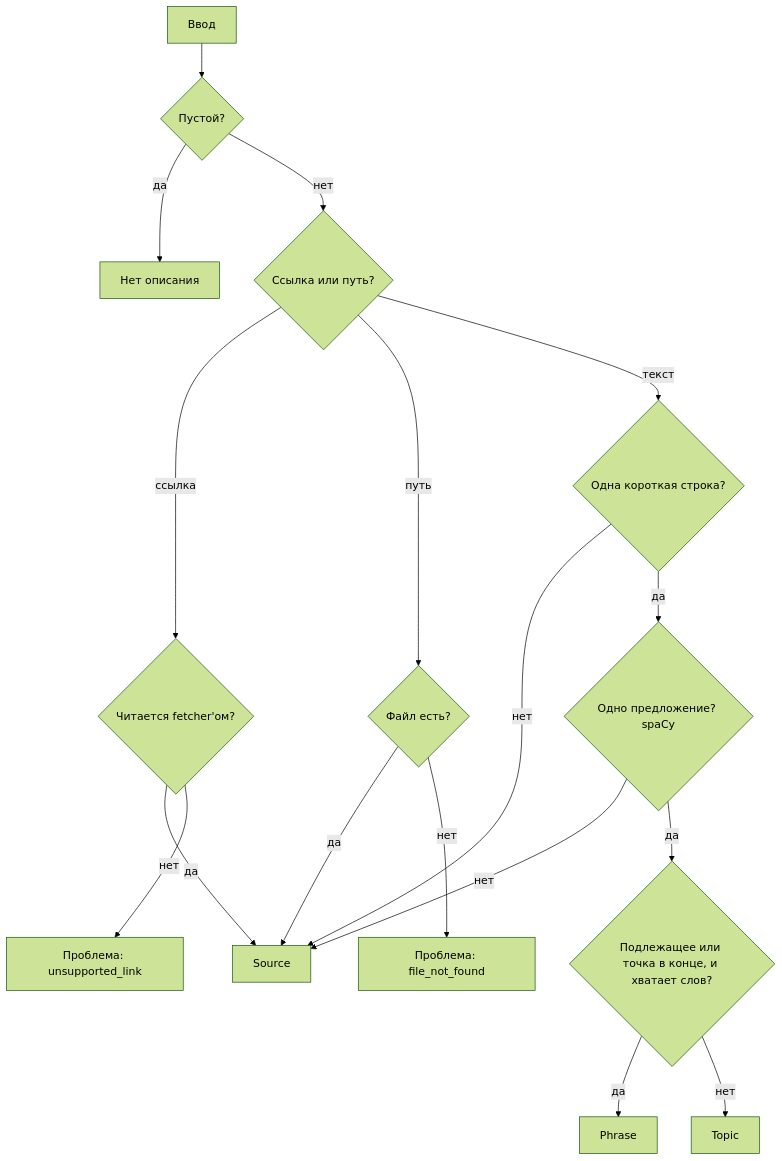
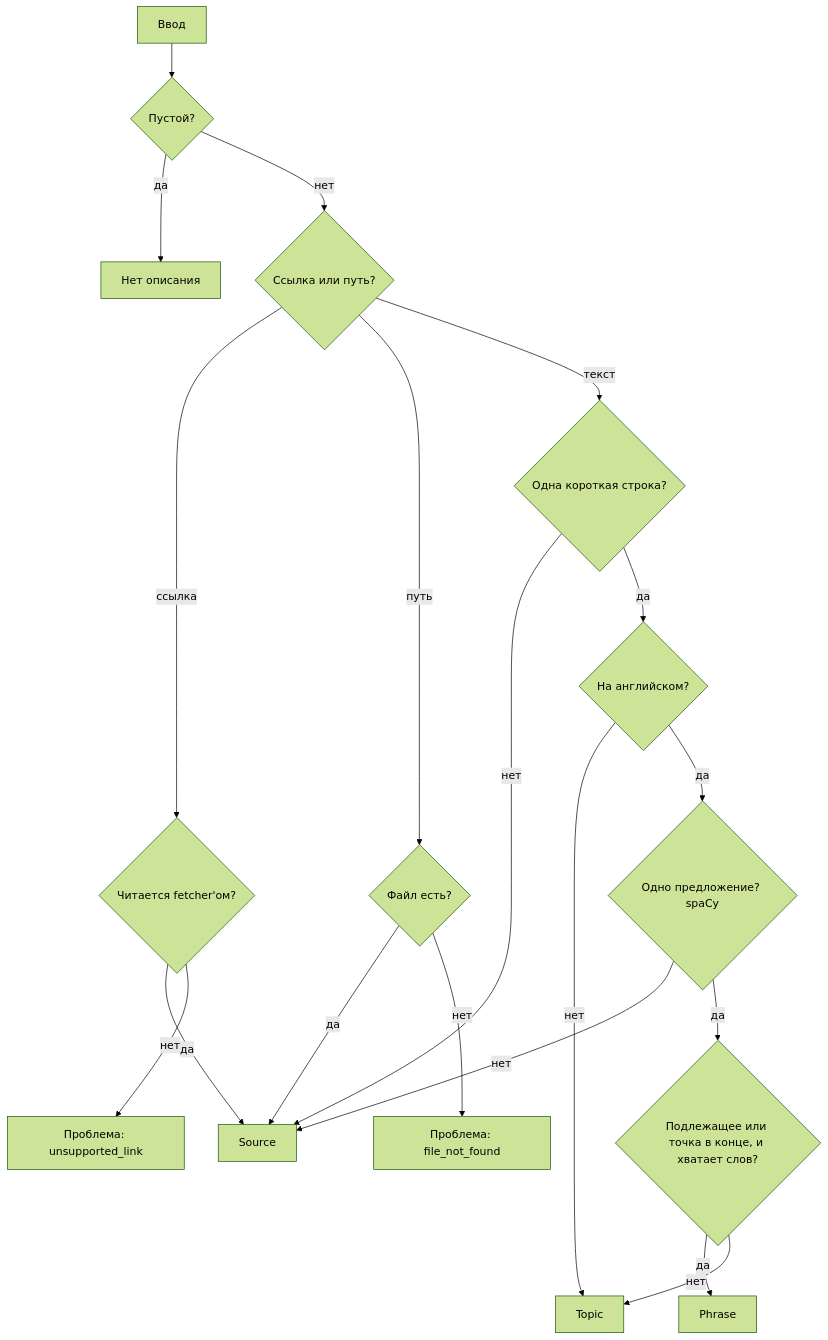
One commit to kudrmax/anything-to-anki changed the diagram in tasks/add-screen-intake.md. Above: the diagram before and after it, drawn with Mermaid (forest theme). The commit also changed other lines of this file, not shown here.

````diff
--- a/tasks/add-screen-intake.md
+++ b/tasks/add-screen-intake.md
@@ -74,19 +76,21 @@
 ```mermaid
 flowchart TD
     A[Ввод] --> E0{Пустой?}
     E0 -- да --> N[Нет описания]
     E0 -- нет --> B{Ссылка или путь?}
     B -- ссылка --> C{Читается fetcher'ом?}
     C -- да --> S[Source]
     C -- нет --> P1[Проблема: unsupported_link]
     B -- путь --> D{Файл есть?}
     D -- да --> S
     D -- нет --> P2[Проблема: file_not_found]
     B -- текст --> L{Одна короткая строка?}
     L -- нет --> S
-    L -- да --> E{Одно предложение? spaCy}
+    L -- да --> G{На английском?}
+    G -- нет --> T
+    G -- да --> E{Одно предложение? spaCy}
     E -- нет --> S
     E -- да --> F{Подлежащее или точка в конце, и хватает слов?}
     F -- да --> PH[Phrase]
     F -- нет --> T[Topic]
 ```
````
